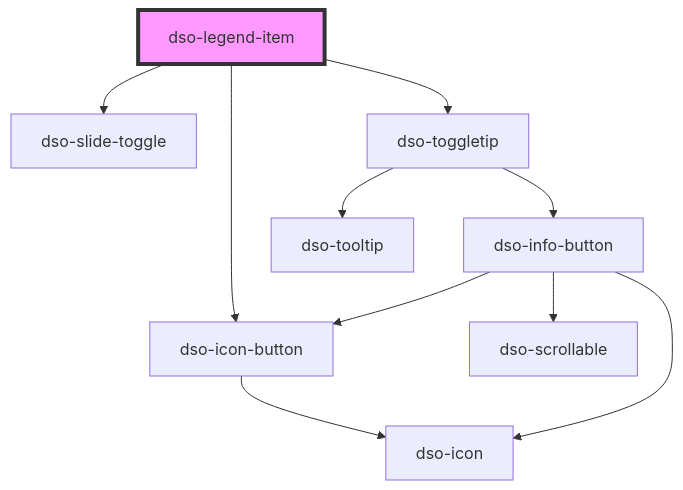
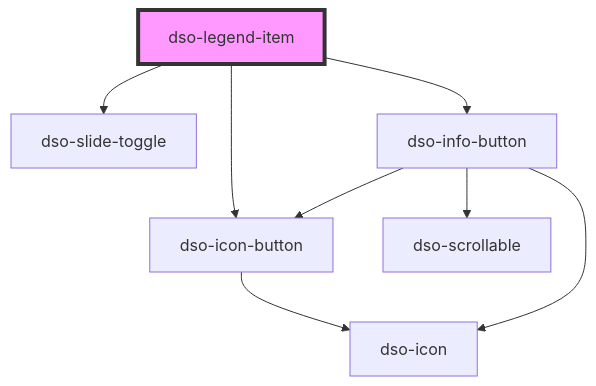
Before and after one commit to dso-toolkit/dso-toolkit: the diagram in packages/core/src/components/legend/legend-item/readme.md, drawn with Mermaid. The commit also changed other lines of this file and 5 other files, not shown here.

Commit message:
Replace toggle-tip with  info-button  for legend-itemd disabled

````diff
--- a/packages/core/src/components/legend/legend-item/readme.md
+++ b/packages/core/src/components/legend/legend-item/readme.md
@@ -77,13 +77,11 @@
 ```mermaid
 graph TD;
   dso-legend-item --> dso-icon-button
   dso-legend-item --> dso-slide-toggle
-  dso-legend-item --> dso-toggletip
+  dso-legend-item --> dso-info-button
   dso-icon-button --> dso-icon
-  dso-toggletip --> dso-info-button
-  dso-toggletip --> dso-tooltip
   dso-info-button --> dso-icon-button
   dso-info-button --> dso-icon
   dso-info-button --> dso-scrollable
   style dso-legend-item fill:#f9f,stroke:#333,stroke-width:4px
 ```
````
